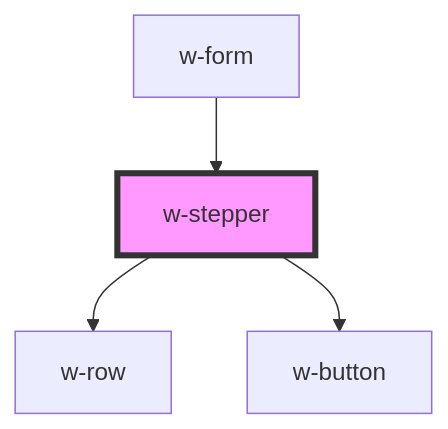
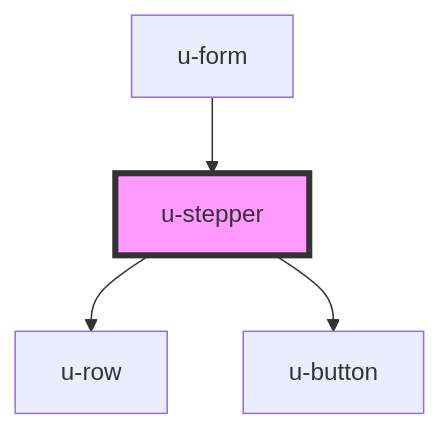
The diagram in src/components/u-stepper/readme.md (theUrbans/uniform), drawn with Mermaid before and after one commit. The commit also changed other lines of this file and 13 other files, not shown here.

````diff
--- a/src/components/u-stepper/readme.md
+++ b/src/components/u-stepper/readme.md
@@ -40,7 +40,7 @@
 ```mermaid
 graph TD;
-  w-stepper --> w-row
-  w-stepper --> w-button
-  w-form --> w-stepper
-  style w-stepper fill:#f9f,stroke:#333,stroke-width:4px
+  u-stepper --> u-row
+  u-stepper --> u-button
+  u-form --> u-stepper
+  style u-stepper fill:#f9f,stroke:#333,stroke-width:4px
 ```
````
